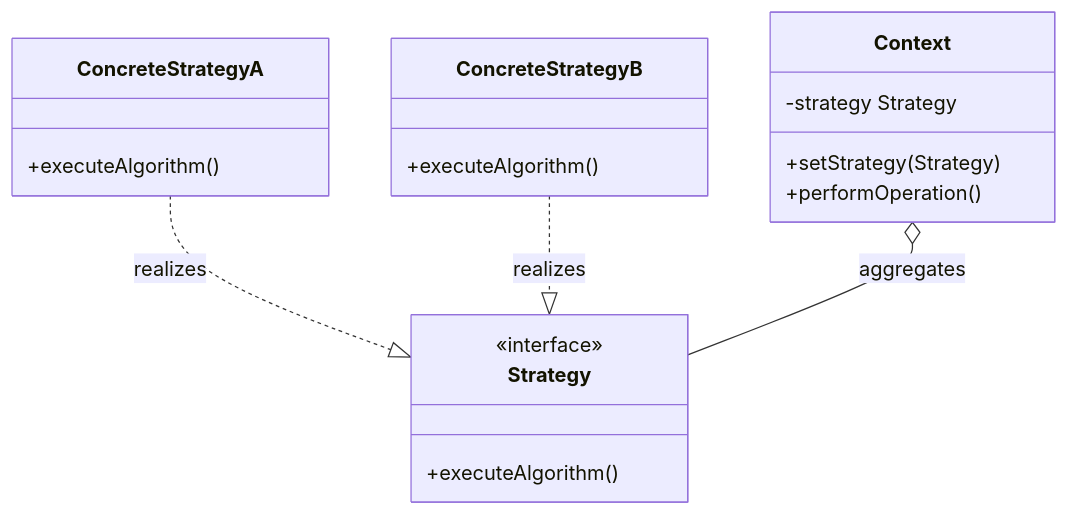
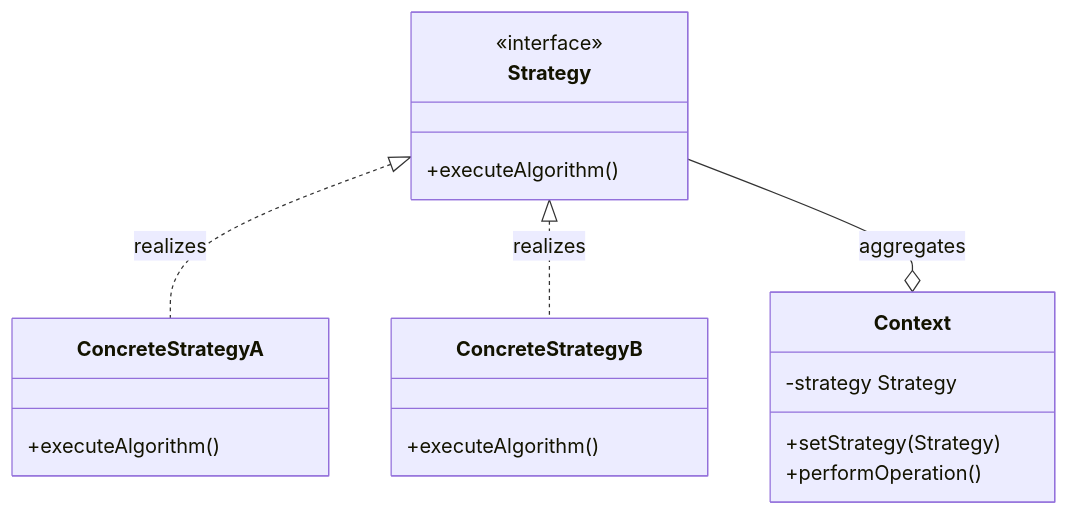
Before and after one commit to dasakash26/system-design: the first of 2 diagrams in notes/3_Strategy Pattern/3_Strategy Pattern.md, drawn with Mermaid. The commit also changed other lines of this file and 17 other files, not shown here.

````diff
--- a/notes/3_Strategy Pattern/3_Strategy Pattern.md
+++ b/notes/3_Strategy Pattern/3_Strategy Pattern.md
@@ -21,23 +21,23 @@
 ```mermaid
 classDiagram
     direction TB
     class Strategy {
         <<interface>>
         +executeAlgorithm()
     }
     class ConcreteStrategyA {
         +executeAlgorithm()
     }
     class ConcreteStrategyB {
         +executeAlgorithm()
     }
     class Context {
         -strategy Strategy
         +setStrategy(Strategy)
         +performOperation()
     }
 
-    ConcreteStrategyA ..|> Strategy : realizes
-    ConcreteStrategyB ..|> Strategy : realizes
-    Context o-- Strategy : aggregates
+    Strategy <|.. ConcreteStrategyA : realizes
+    Strategy <|.. ConcreteStrategyB : realizes
+    Strategy --o Context : aggregates
 ```
````
